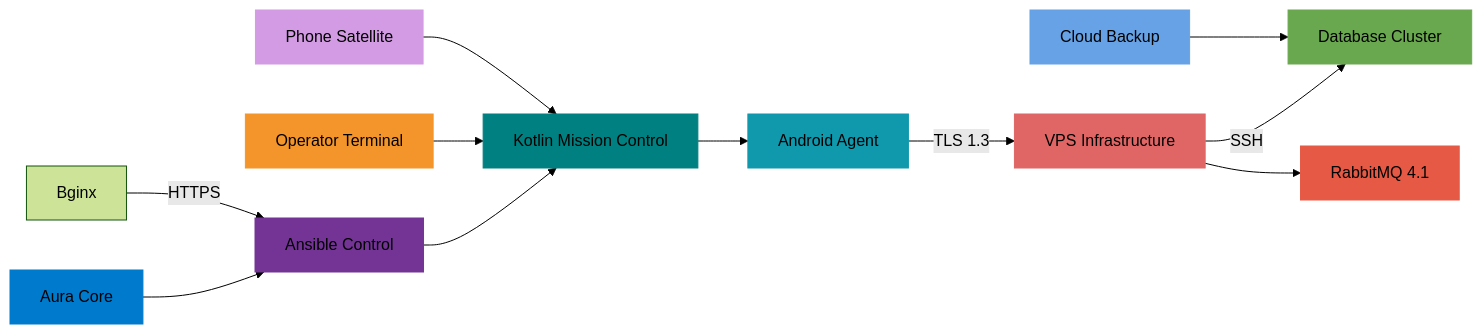
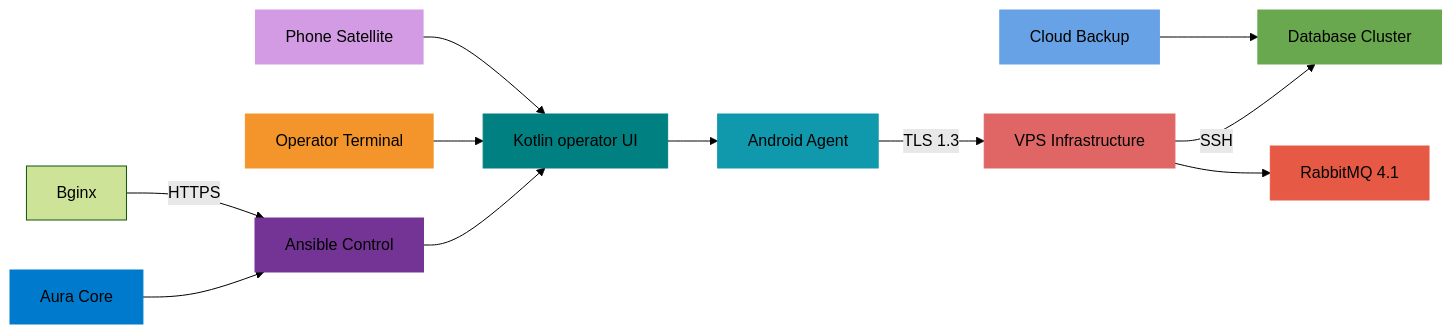
The diagram in docs/AURAMANIFESTO.md (yanimeziani/aura), drawn with Mermaid (forest theme) before and after one commit. The commit also changed 65 other files, not shown here.

````diff
--- a/docs/AURAMANIFESTO.md
+++ b/docs/AURAMANIFESTO.md
@@ -5,31 +5,31 @@
 ```mermaid
 graph LR
 A[Aura Core] --> B[Ansible Control]
 Bginx -->|HTTPS| B
-B --> C[Kotlin Mission Control]
+B --> C[Kotlin operator UI]
 
 C --> D[Android Agent]
 D -->|TLS 1.3| E[VPS Infrastructure]
 E -->|SSH| F[Database Cluster]
 E --> G[RabbitMQ 4.1]
 
 H[Operator Terminal] --> C
 I[Phone Satellite] --> C
 J[Cloud Backup] --> F
 
 style A fill:#007acc,stroke:#007acc
 style B fill:#743496,stroke:#743496
 style C fill:#008080,stroke:#008080
 style D fill:#1098ad,stroke:#1098ad
 style E fill:#e06666,stroke:#e06666
 style F fill:#6aa84f,stroke:#6aa84f
 style G fill:#e65a45,stroke:#e65a45
 style H fill:#f4952b,stroke:#f4952b
 style I fill:#d39be3,stroke:#d39be3
 style J fill:#66a2e5,stroke:#66a2e5
 
 classDef core fill:#007acc,stroke:#007acc;
 classDef security fill:#1098ad,stroke:#1098ad;
 classDef control fill:#008080,stroke:#008080;
 classDef infrastructure fill:#e06666,stroke:#e06666;
 ```
````
